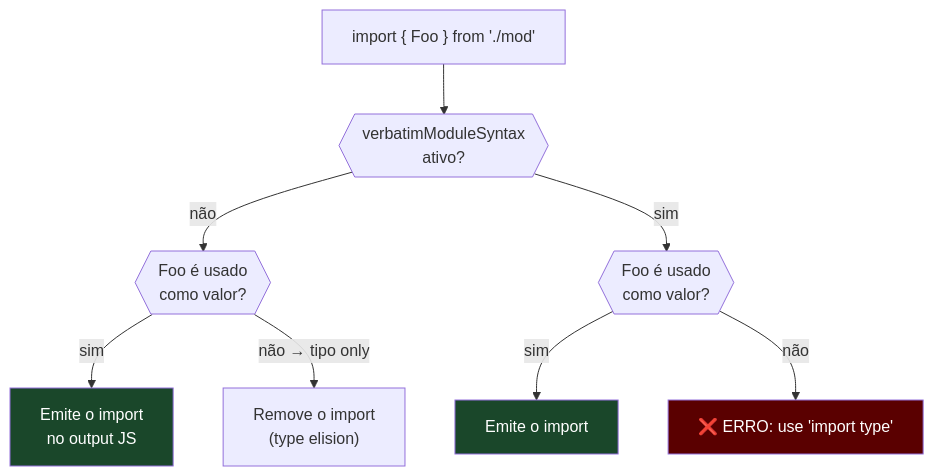
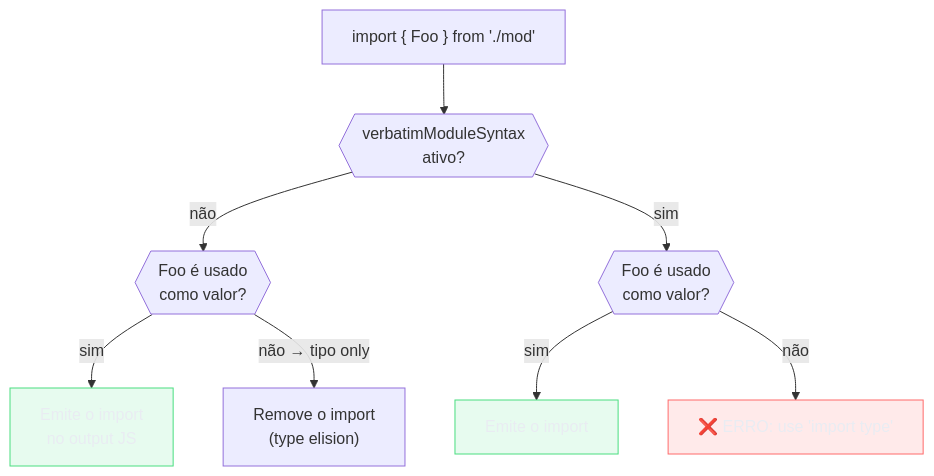
The fourth of 7 diagrams in 03-Dominios/Tecnologia/TypeScript/21 - Modules - ESM, CJS e type-only imports.md (josenaldo/codex-technomanticus), drawn with Mermaid before and after one commit. The commit also changed other lines of this file and 1181 other files, not shown here.

First line of the commit message:
fix(diagramas): paleta do sistema no lugar de cor cravada no markdown

````diff
--- a/03-Dominios/Tecnologia/TypeScript/21 - Modules - ESM, CJS e type-only imports.md
+++ b/03-Dominios/Tecnologia/TypeScript/21 - Modules - ESM, CJS e type-only imports.md
@@ -307,21 +311,23 @@
 ```mermaid
 flowchart TD
+    classDef falha fill:#FF6B6B24,stroke:#FF6B6B,color:#E9ECF2
+    classDef ok fill:#4ADE8021,stroke:#4ADE80,color:#E9ECF2
     IMP["import { Foo } from './mod'"]
     VM{{"verbatimModuleSyntax\nativo?"}}
     USE{{"Foo é usado\ncomo valor?"}}
     EMIT["Emite o import\nno output JS"]
     REMOVE["Remove o import\n(type elision)"]
     ERROR["❌ ERRO: use 'import type'"]
 
     IMP --> VM
     VM -- não --> USE
     USE -- sim --> EMIT
     USE -- não → tipo only --> REMOVE
     VM -- sim --> USE2{{"Foo é usado\ncomo valor?"}}
     USE2 -- sim --> EMIT2["Emite o import"]
     USE2 -- não --> ERROR
 
-    style ERROR fill:#5a0000,color:#fff
-    style EMIT fill:#1a472a,color:#fff
-    style EMIT2 fill:#1a472a,color:#fff
+    class ERROR falha
+    class EMIT ok
+    class EMIT2 ok
 ```
````
